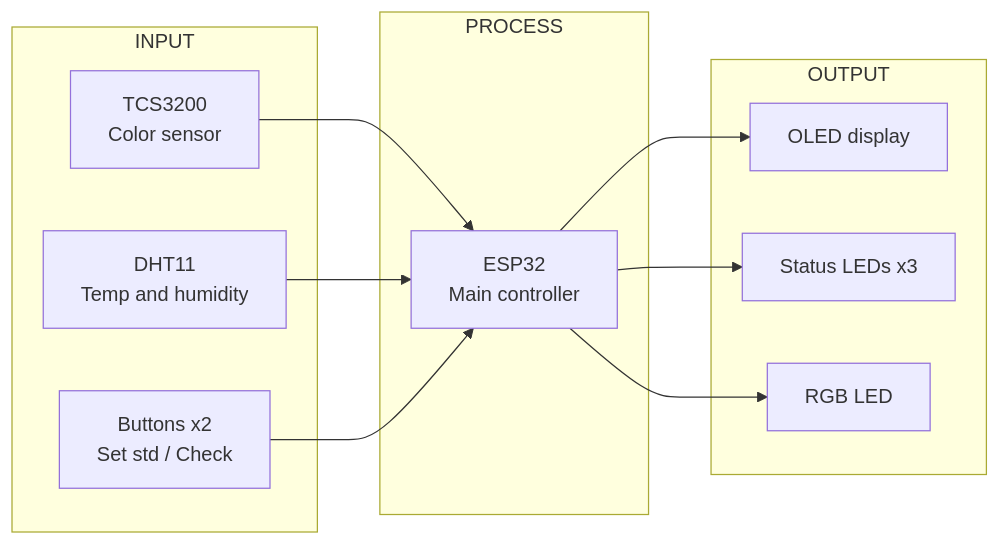
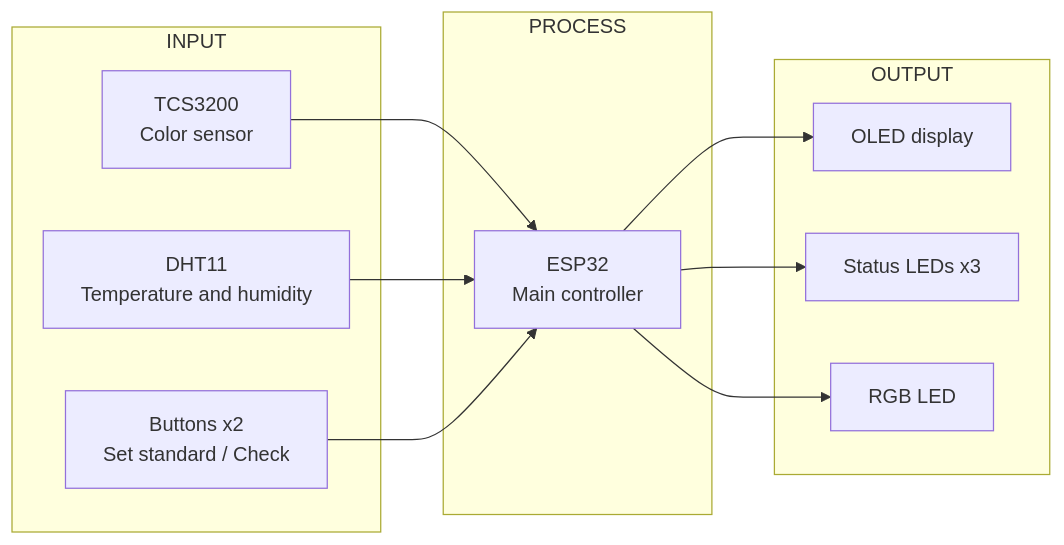
The first of 2 diagrams in README.md (Ogasu/smart-color-sorter-esp32), drawn with Mermaid before and after one commit. The commit also changed other lines of this file, not shown here.

````diff
--- a/README.md
+++ b/README.md
@@ -26,22 +23,22 @@
 ```mermaid
 flowchart LR
     subgraph INPUT
         A1[TCS3200<br/>Color sensor]
-        A2[DHT11<br/>Temp and humidity]
-        A3[Buttons x2<br/>Set std / Check]
+        A2[DHT11<br/>Temperature and humidity]
+        A3[Buttons x2<br/>Set standard / Check]
     end
     subgraph PROCESS
         B1[ESP32<br/>Main controller]
     end
     subgraph OUTPUT
         C1[OLED display]
         C2[Status LEDs x3]
         C3[RGB LED]
     end
     A1 --> B1
     A2 --> B1
     A3 --> B1
     B1 --> C1
     B1 --> C2
     B1 --> C3
 ```
````
